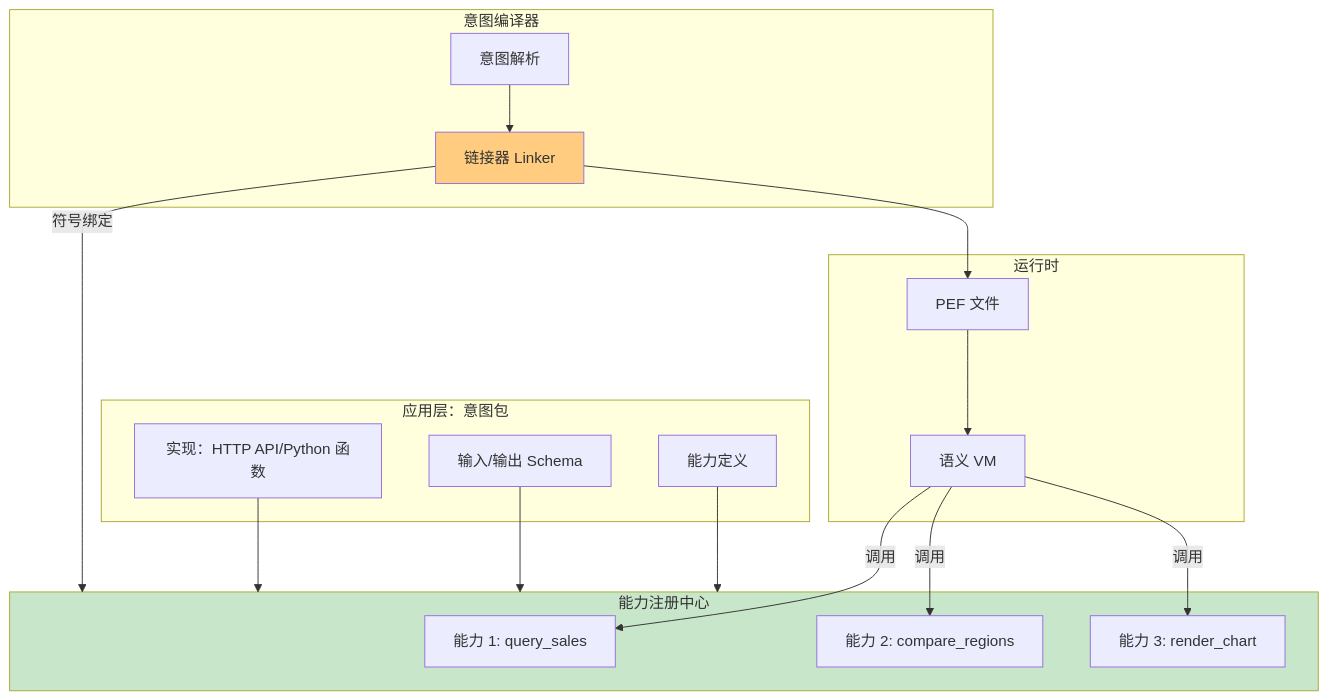
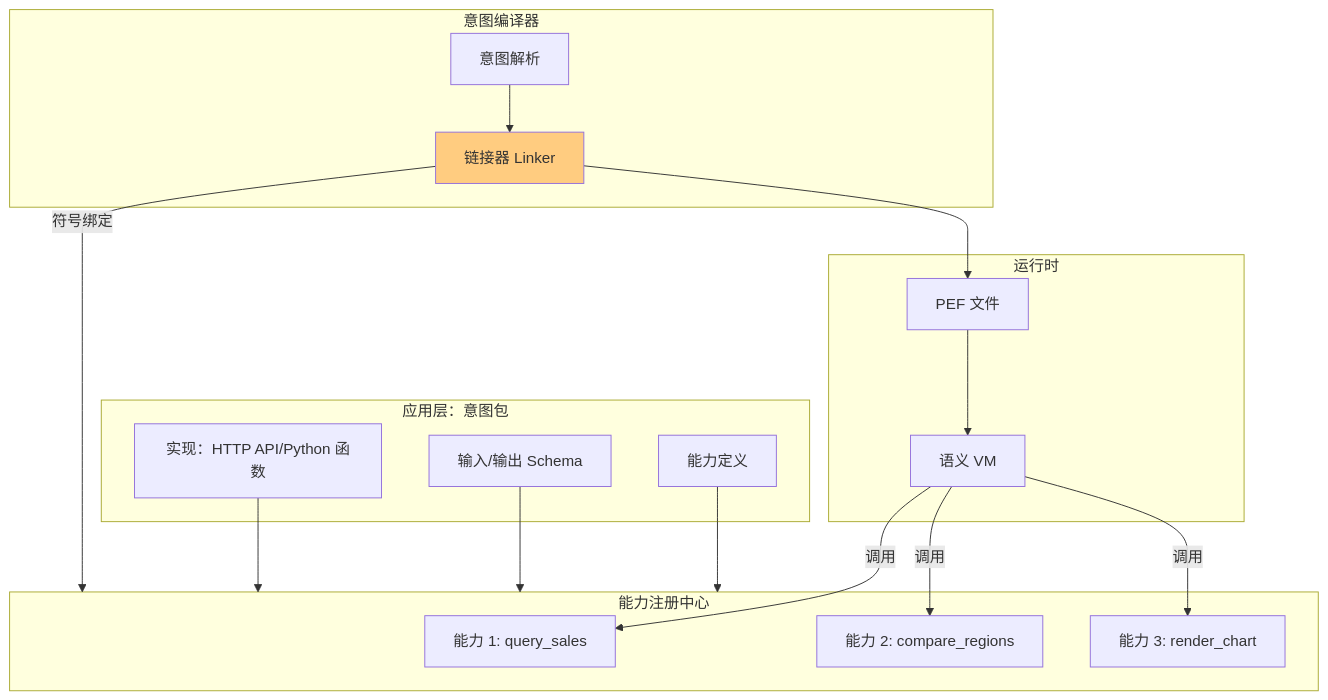
Before and after one commit to jeffery9/intentOS: the tenth of 16 diagrams in papers/Architecture_Diagrams.md, drawn with Mermaid. The commit also changed other lines of this file, not shown here.

Commit message:
fix(docs): remove invalid subgraph and state diagram style tags for 100% mermaid compatibility

````diff
--- a/papers/Architecture_Diagrams.md
+++ b/papers/Architecture_Diagrams.md
@@ -339,39 +331,38 @@
 ```mermaid
 flowchart TB
     subgraph App["应用层：意图包"]
         Def[能力定义]
         Schema[输入/输出 Schema]
         Impl[实现：HTTP API/Python 函数]
     end
 
     subgraph Registry["能力注册中心"]
         Cap1[能力 1: query_sales]
         Cap2[能力 2: compare_regions]
         Cap3[能力 3: render_chart]
     end
 
     subgraph Compiler["意图编译器"]
         Parse[意图解析]
         Linker[链接器 Linker]
     end
 
     subgraph Runtime["运行时"]
         PEF[PEF 文件]
         VM[语义 VM]
     end
 
     Def --> Registry
     Schema --> Registry
     Impl --> Registry
 
     Parse --> Linker
     Linker -->|符号绑定 | Registry
     Linker --> PEF
     PEF --> VM
     VM -->|调用 | Cap1
     VM -->|调用 | Cap2
     VM -->|调用 | Cap3
 
-    style Registry fill:#c8e6c9
     style Linker fill:#ffcc80
 ```
````
